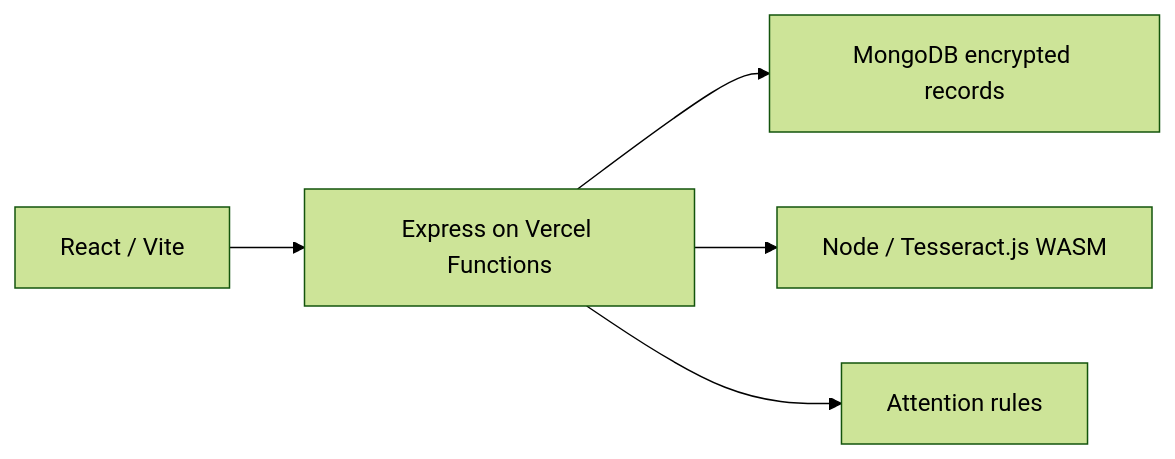
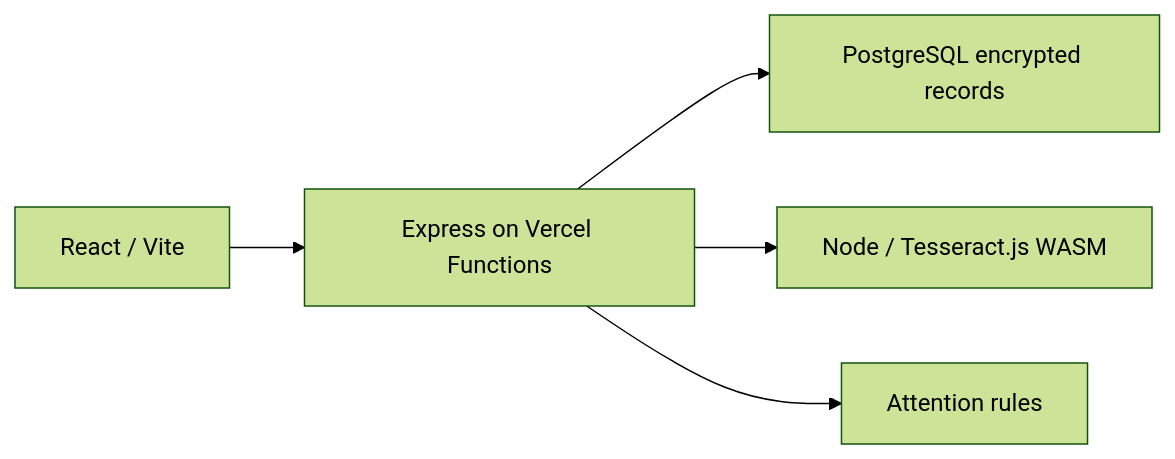
One commit to Candypopppsss/Recover_track changed the diagram in docs/IMPLEMENTATION.md. Above: the diagram before and after it, drawn with Mermaid (forest theme). The commit also changed other lines of this file and 37 other files, not shown here.

Commit message:
Redesign recovery workspace and add Neon PostgreSQL

````diff
--- a/docs/IMPLEMENTATION.md
+++ b/docs/IMPLEMENTATION.md
@@ -5,7 +5,7 @@
 ```mermaid
 flowchart LR
   Web[React / Vite] --> API[Express on Vercel Functions]
-  API --> DB[MongoDB encrypted records]
+  API --> DB[PostgreSQL encrypted records]
   API --> OCR[Node / Tesseract.js WASM]
   API --> Rules[Attention rules]
 ```
````
